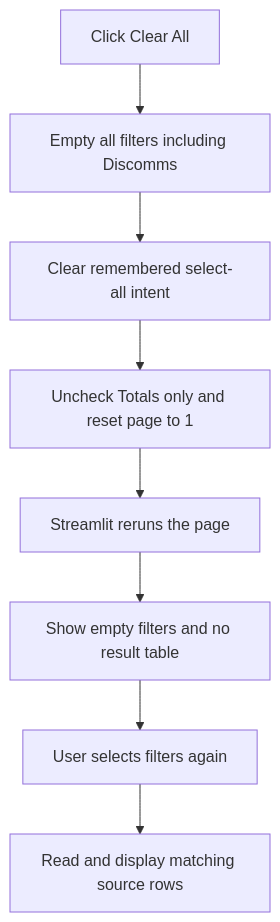
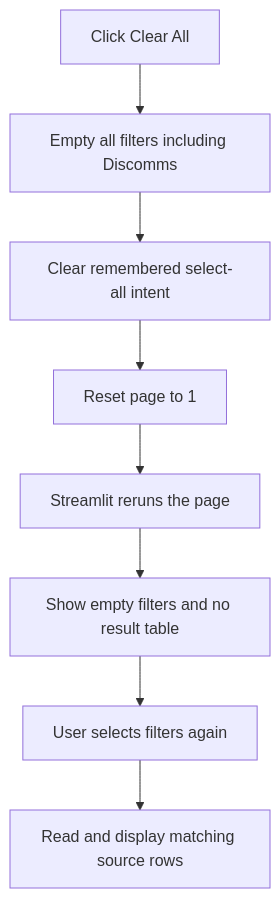
Before and after one commit to Ribhu-bhardwaj/Open-PFC: the first of 3 diagrams in dashboard/decision.md, drawn with Mermaid. The commit also changed other lines of this file and 4 other files, not shown here.

Commit message:
Remove Totals only control and document clean viewer link

````diff
--- a/dashboard/decision.md
+++ b/dashboard/decision.md
@@ -55,10 +55,10 @@
 ```mermaid
 flowchart TD
     A[Click Clear All] --> B[Empty all filters including Discomms]
     B --> C[Clear remembered select-all intent]
-    C --> D[Uncheck Totals only and reset page to 1]
+    C --> D[Reset page to 1]
     D --> E[Streamlit reruns the page]
     E --> F[Show empty filters and no result table]
     F --> G[User selects filters again]
     G --> H[Read and display matching source rows]
 ```
````
